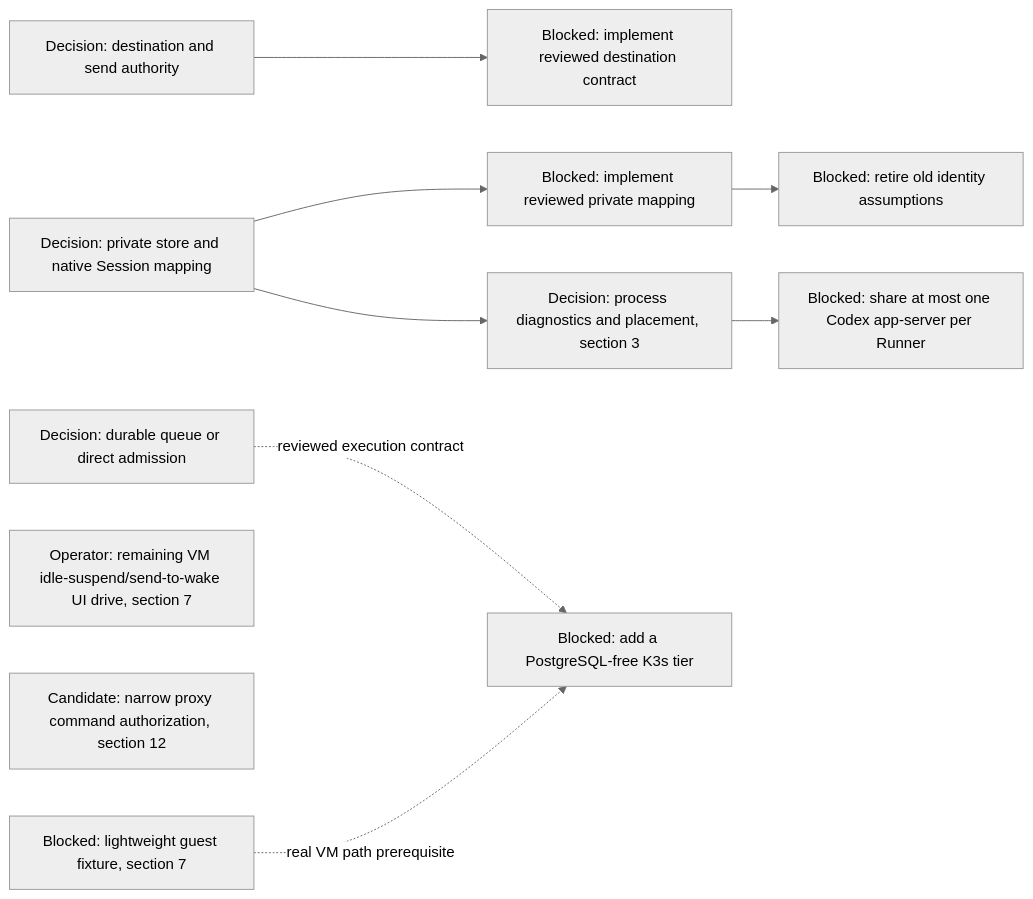
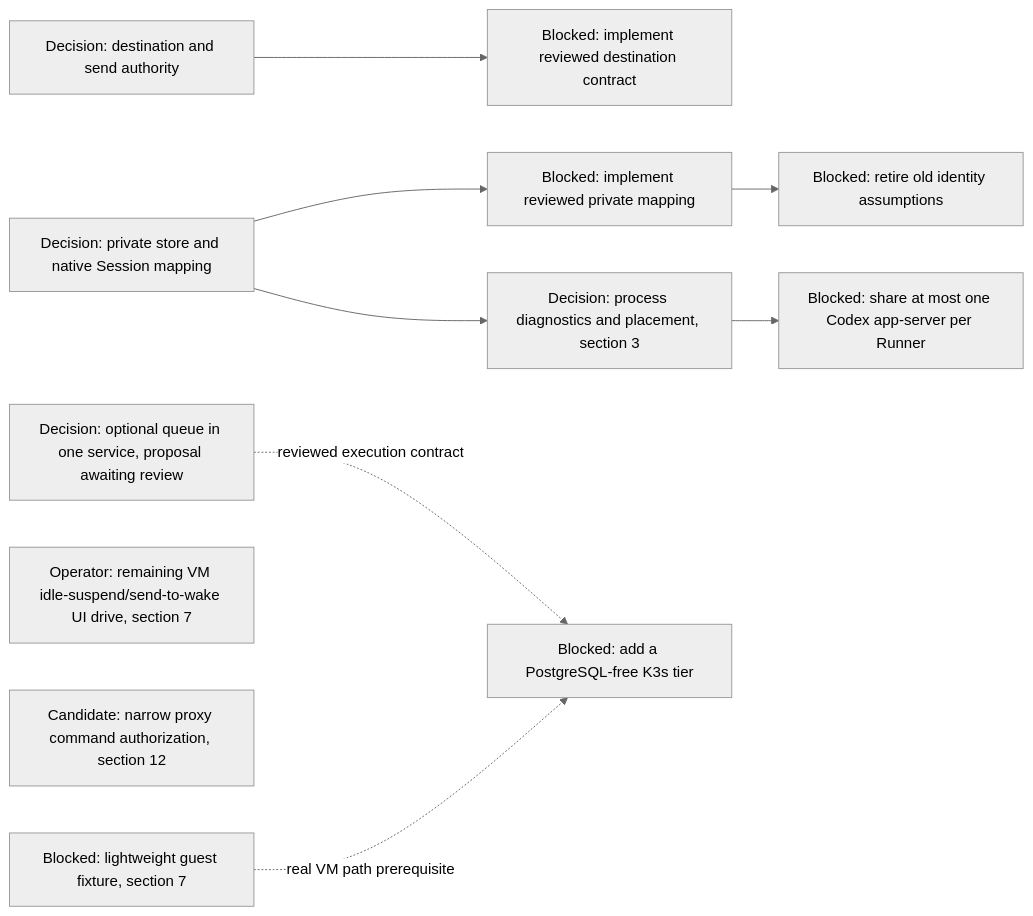
Diagram 16 of 17 in agentplane/plans/task_dag.md (agentydragon-agent/ducktape), drawn with Mermaid (neutral theme) before and after one commit. The commit also changed other lines of this file and 2 other files, not shown here.

````diff
--- a/agentplane/plans/task_dag.md
+++ b/agentplane/plans/task_dag.md
@@ -1784,21 +1792,21 @@
 ```mermaid
 flowchart LR
-    DISPATCHER_PERSISTENCE_MODEL_DESIGN[Decision: durable queue or direct admission]
+    DISPATCHER_PERSISTENCE_MODEL_DESIGN[Decision: optional queue in one service, proposal awaiting review]
     DELIVERY_DESTINATION_AUTHORITY_DESIGN[Decision: destination and send authority]
     DELIVERY_DESTINATION_CONTRACT[Blocked: implement reviewed destination contract]
     HARNESS_IDENTITY_DESIGN[Decision: private store and native Session mapping]
     RUNNER_STORE_SESSION_IDENTITY[Blocked: implement reviewed private mapping]
     RUNNER_IDENTITY_LEGACY_CLEANUP[Blocked: retire old identity assumptions]
     IDLE_SUSPEND_UI_DRIVE[Operator: remaining VM idle-suspend/send-to-wake UI drive, section 7]
     PROXY_START_METHODS_DISPATCHER_ONLY[Candidate: narrow proxy command authorization, section 12]
     RUNNER_HARNESS_OBJECTS_DESIGN[Decision: process diagnostics and placement, section 3]
     CNPG_FREE_K3S_INTEGRATION_TIER[Blocked: add a PostgreSQL-free K3s tier]
     K3S_VM_IMAGE[Blocked: lightweight guest fixture, section 7]
     DELIVERY_DESTINATION_AUTHORITY_DESIGN --> DELIVERY_DESTINATION_CONTRACT
     RUNNER_STORE_SESSION_IDENTITY --> RUNNER_IDENTITY_LEGACY_CLEANUP
     HARNESS_IDENTITY_DESIGN --> RUNNER_STORE_SESSION_IDENTITY
     HARNESS_IDENTITY_DESIGN --> RUNNER_HARNESS_OBJECTS_DESIGN
     RUNNER_HARNESS_OBJECTS_DESIGN --> RUNNER_CODEX_SHARED_PROCESS[Blocked: share at most one Codex app-server per Runner]
     DISPATCHER_PERSISTENCE_MODEL_DESIGN -. reviewed execution contract .-> CNPG_FREE_K3S_INTEGRATION_TIER
     K3S_VM_IMAGE -. real VM path prerequisite .-> CNPG_FREE_K3S_INTEGRATION_TIER
 ```
````
